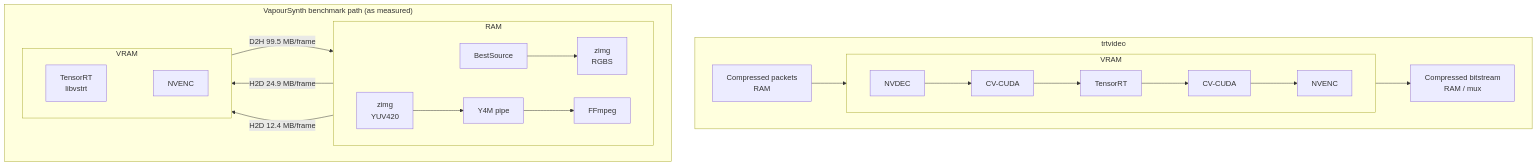
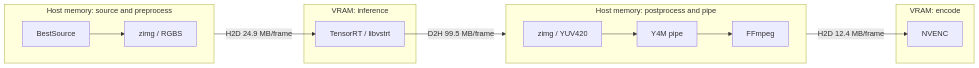
Before and after one commit to egor-fedorov/trtvideo: the second of 2 diagrams in README.md, drawn with Mermaid. The commit also changed other lines of this file and 10 other files, not shown here.

````diff
--- a/README.md
+++ b/README.md
@@ -17,30 +37,20 @@
 ```mermaid
-flowchart TB
-  subgraph project["trtvideo"]
+flowchart LR
+  subgraph measured_source["Host memory: source and preprocess"]
     direction LR
-    project_input["Compressed packets<br/>RAM"]
-    subgraph project_vram["VRAM"]
-      direction LR
-      nvdec["NVDEC"] --> pre["CV-CUDA"] --> trt["TensorRT"] --> post["CV-CUDA"] --> nvenc["NVENC"]
-    end
-    project_output["Compressed bitstream<br/>RAM / mux"]
-    project_input --> nvdec
-    nvenc --> project_output
+    bestsource["BestSource"] --> zimg_in["zimg / RGBS"]
   end
-
-  subgraph measured["VapourSynth benchmark path (as measured)"]
+  subgraph measured_inference["VRAM: inference"]
+    vstrt["TensorRT / libvstrt"]
+  end
+  subgraph measured_output["Host memory: postprocess and pipe"]
     direction LR
-    subgraph measured_ram["RAM"]
-      direction LR
-      bestsource["BestSource"] --> zimg_in["zimg<br/>RGBS"]
-      zimg_out["zimg<br/>YUV420"] --> y4m["Y4M pipe"] --> ffmpeg["FFmpeg"]
-    end
-    subgraph measured_vram["VRAM"]
-      direction LR
-      vstrt["TensorRT<br/>libvstrt"] ~~~ external_nvenc["NVENC"]
-    end
-    zimg_in -->|"H2D 24.9 MB/frame"| vstrt
-    vstrt -->|"D2H 99.5 MB/frame"| zimg_out
-    ffmpeg -->|"H2D 12.4 MB/frame"| external_nvenc
+    zimg_out["zimg / YUV420"] --> y4m["Y4M pipe"] --> ffmpeg["FFmpeg"]
   end
+  subgraph measured_encode["VRAM: encode"]
+    external_nvenc["NVENC"]
+  end
+  zimg_in -->|"H2D 24.9 MB/frame"| vstrt
+  vstrt -->|"D2H 99.5 MB/frame"| zimg_out
+  ffmpeg -->|"H2D 12.4 MB/frame"| external_nvenc
 ```
````
